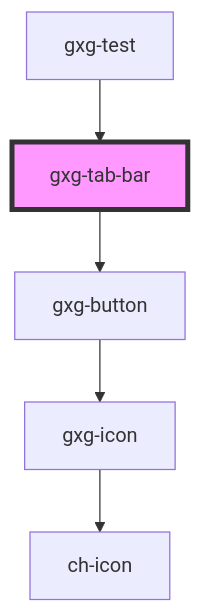
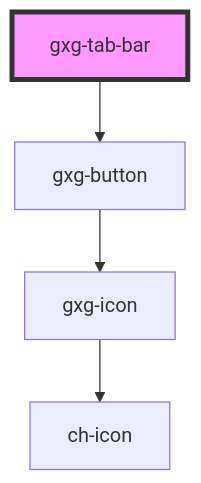
The diagram in src/components/tab-bar/readme.md (genexuslabs/gemini), drawn with Mermaid before and after one commit. The commit also changed other lines of this file and 24 other files, not shown here.

````diff
--- a/src/components/tab-bar/readme.md
+++ b/src/components/tab-bar/readme.md
@@ -17,8 +13,7 @@
 ```mermaid
 graph TD;
   gxg-tab-bar --> gxg-button
   gxg-button --> gxg-icon
   gxg-icon --> ch-icon
-  gxg-test --> gxg-tab-bar
   style gxg-tab-bar fill:#f9f,stroke:#333,stroke-width:4px
 ```
````
